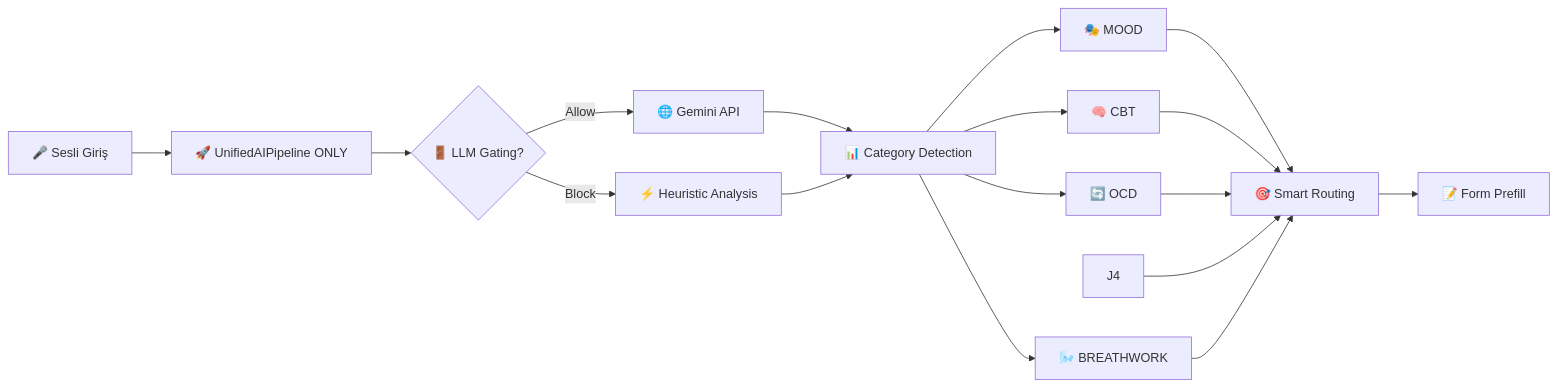
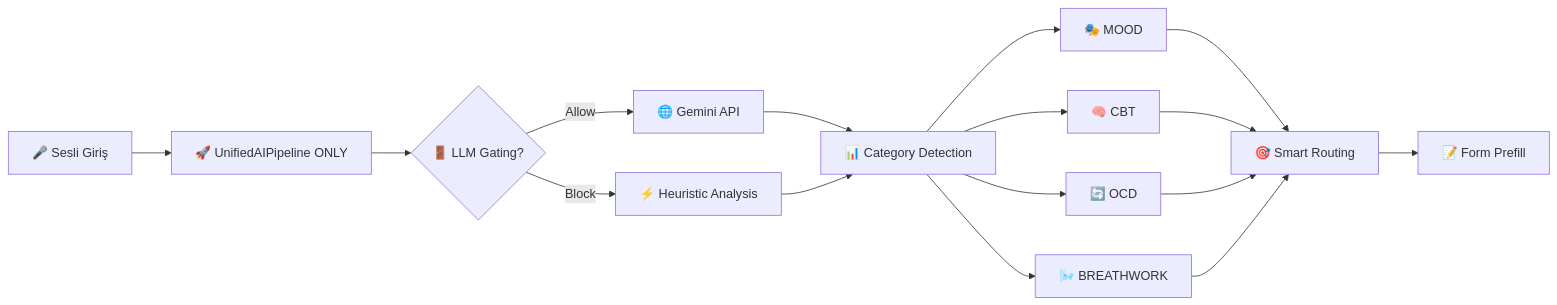
The first of 8 diagrams in docs/AI_FEATURES_TODAY_SCREEN.md (adilyoltay/obsessless-mobile-app), drawn with Mermaid before and after one commit. The commit also changed other lines of this file, not shown here.

````diff
--- a/docs/AI_FEATURES_TODAY_SCREEN.md
+++ b/docs/AI_FEATURES_TODAY_SCREEN.md
@@ -23,20 +23,18 @@
 ```mermaid
 graph LR
     A[🎤 Sesli Giriş] --> B[🚀 UnifiedAIPipeline ONLY]
     B --> C{🚪 LLM Gating?}
     C -->|Allow| G[🌐 Gemini API]
     C -->|Block| H[⚡ Heuristic Analysis]
     G --> I[📊 Category Detection]
     H --> I
     I --> J1[🎭 MOOD] 
     I --> J2[🧠 CBT]
     I --> J3[🔄 OCD]
-
-    I --> J5[🌬️ BREATHWORK]
+    I --> J4[🌬️ BREATHWORK]
     J1 --> K[🎯 Smart Routing]
     J2 --> K
     J3 --> K
     J4 --> K
-    J5 --> K
     K --> L[📝 Form Prefill]
 ```
````
